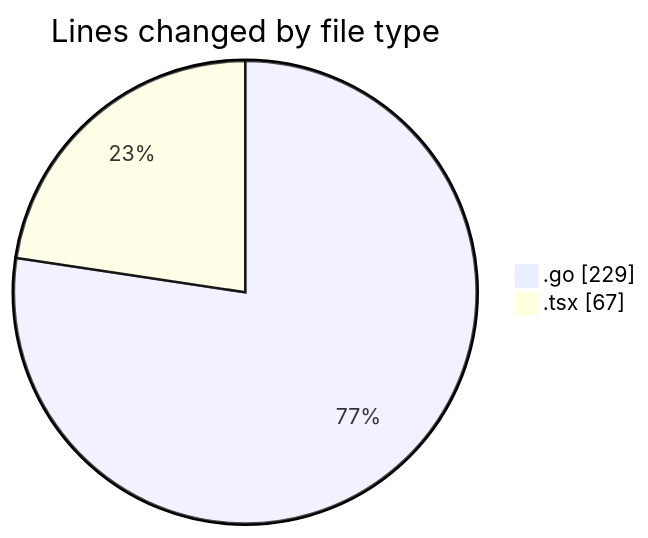
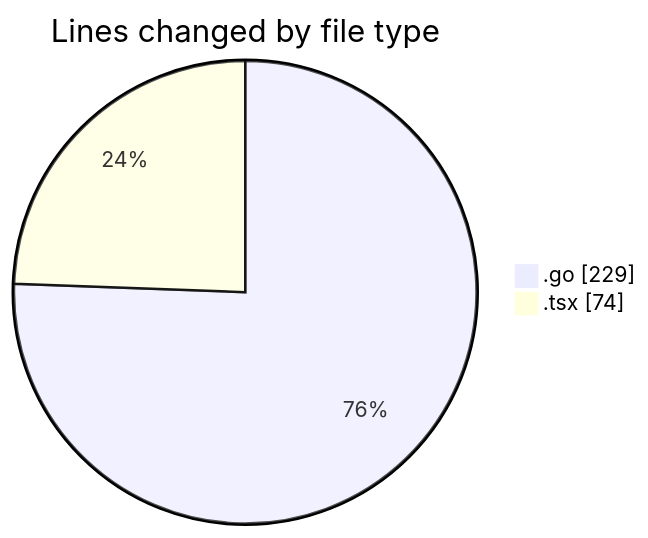
Before and after one commit to robertbonfada/code-tracking: the first of 2 diagrams in 2025-02-21/termonied_testador/README.md, drawn with Mermaid. The commit also changed other lines of this file and 1 other file, not shown here.

````diff
--- a/2025-02-21/termonied_testador/README.md
+++ b/2025-02-21/termonied_testador/README.md
@@ -26,6 +26,6 @@
 ```mermaid
 pie showData
 title Lines changed by file type
 ".go" : 229
-".tsx" : 67
+".tsx" : 74
 ```
````
